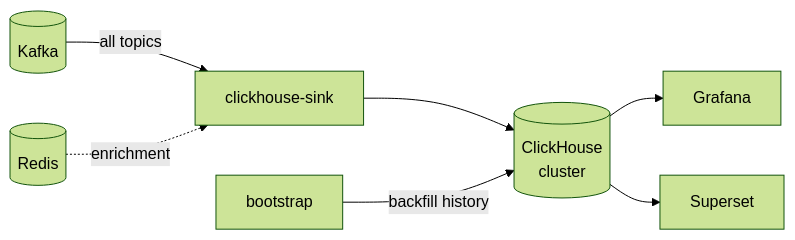
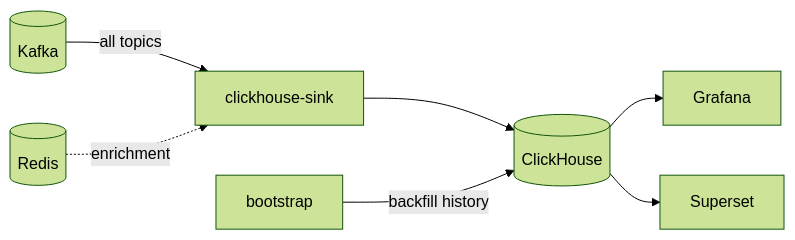
The fourth of 9 diagrams in README.md (bahman-farhadian/Meanul-Data-Studio), drawn with Mermaid (forest theme) before and after one commit. The commit also changed other lines of this file and 8 other files, not shown here.

````diff
--- a/README.md
+++ b/README.md
@@ -260,17 +259,17 @@
 ```mermaid
 graph LR
     KAFKA[("Kafka")]
     REDIS[("Redis")]
     SINK["clickhouse-sink"]
-    CH[("ClickHouse<br/>cluster")]
+    CH[("ClickHouse")]
     BOOT["bootstrap"]
     GRAF["Grafana"]
     SUPER["Superset"]
 
     KAFKA -->|"all topics"| SINK
     REDIS -.->|"enrichment"| SINK
     SINK --> CH
     BOOT -->|"backfill history"| CH
     CH --> GRAF
     CH --> SUPER
 ```
````
